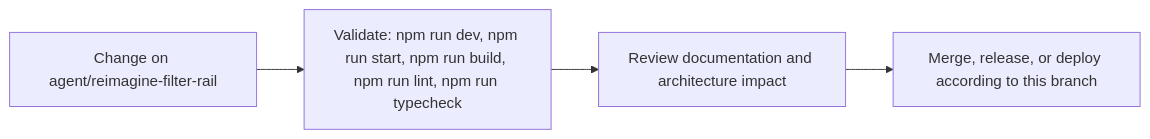
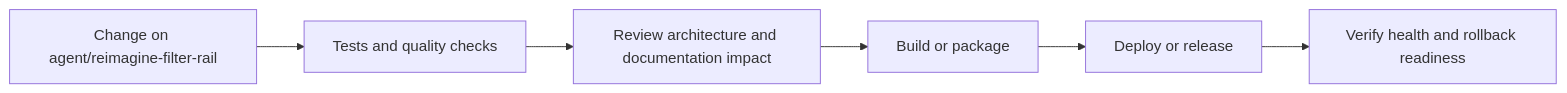
The fourth of 5 diagrams in README.md (Nischhalsubba/BindForge-NW), drawn with Mermaid before and after one commit. The commit also changed other lines of this file, not shown here.

````diff
--- a/README.md
+++ b/README.md
@@ -71,8 +147,8 @@
 ```mermaid
 flowchart LR
-    CHANGE["Change on agent/reimagine-filter-rail"]
-    CHECK["Validate: npm run dev, npm run start, npm run build, npm run lint, npm run typecheck"]
-    REVIEW["Review documentation and architecture impact"]
-    RELEASE["Merge, release, or deploy according to this branch"]
-    CHANGE --> CHECK --> REVIEW --> RELEASE
+    CHANGE["Change on agent/reimagine-filter-rail"] --> CHECK["Tests and quality checks"]
+    CHECK --> REVIEW["Review architecture and documentation impact"]
+    REVIEW --> BUILD["Build or package"]
+    BUILD --> DEPLOY["Deploy or release"]
+    DEPLOY --> VERIFY["Verify health and rollback readiness"]
 ```
````
